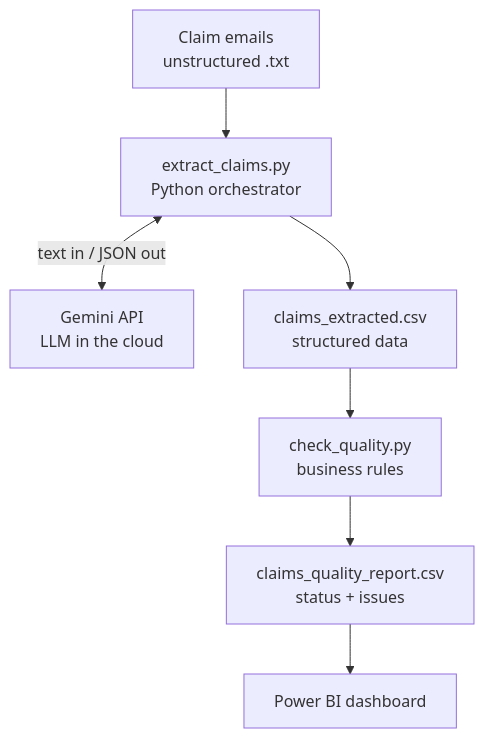
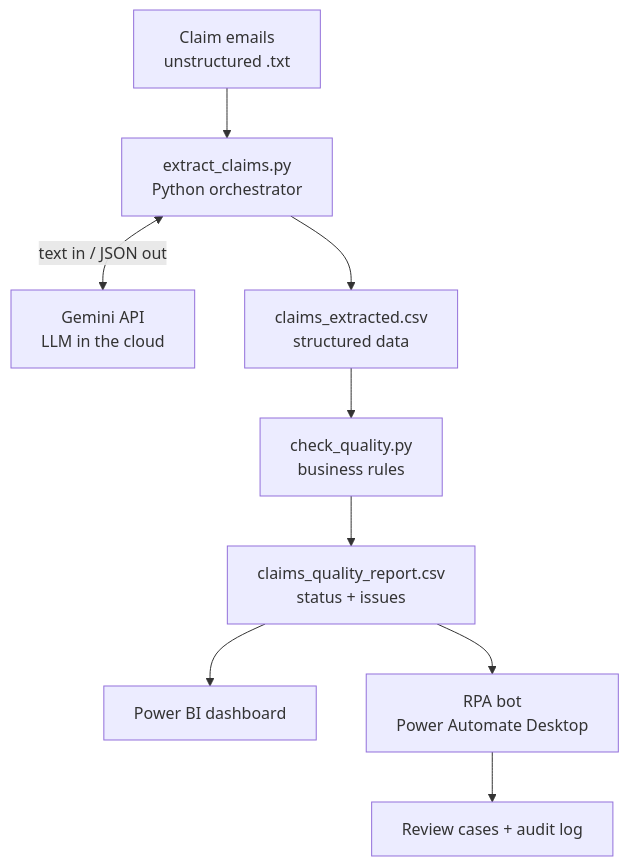
One commit to adelinagjoka/claims-ai-automation changed the diagram in README.md. Above: the diagram before and after it, drawn with Mermaid. The commit also changed other lines of this file, not shown here.

````diff
--- a/README.md
+++ b/README.md
@@ -29,9 +30,11 @@
 ```mermaid
 flowchart TD
     A[Claim emails<br/>unstructured .txt] --> B[extract_claims.py<br/>Python orchestrator]
     B <-->|text in / JSON out| C[Gemini API<br/>LLM in the cloud]
     B --> D[claims_extracted.csv<br/>structured data]
     D --> E[check_quality.py<br/>business rules]
     E --> F[claims_quality_report.csv<br/>status + issues]
     F --> G[Power BI dashboard]
+    F --> H[RPA bot<br/>Power Automate Desktop]
+    H --> I[Review cases + audit log]
 ```
````
